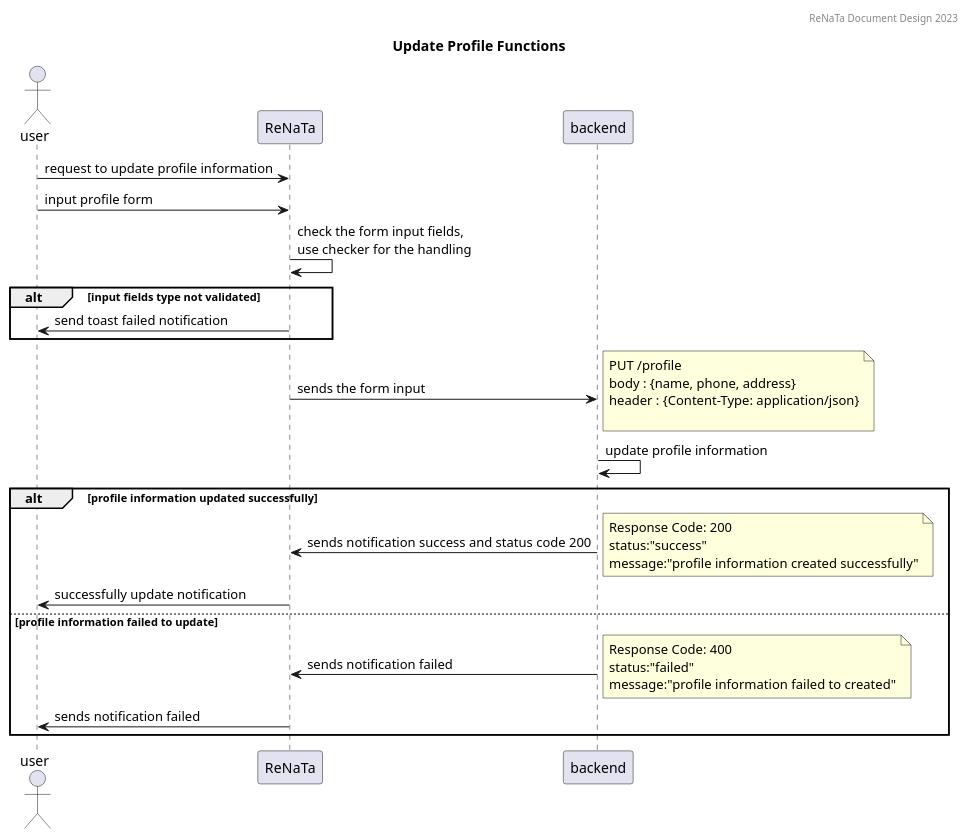
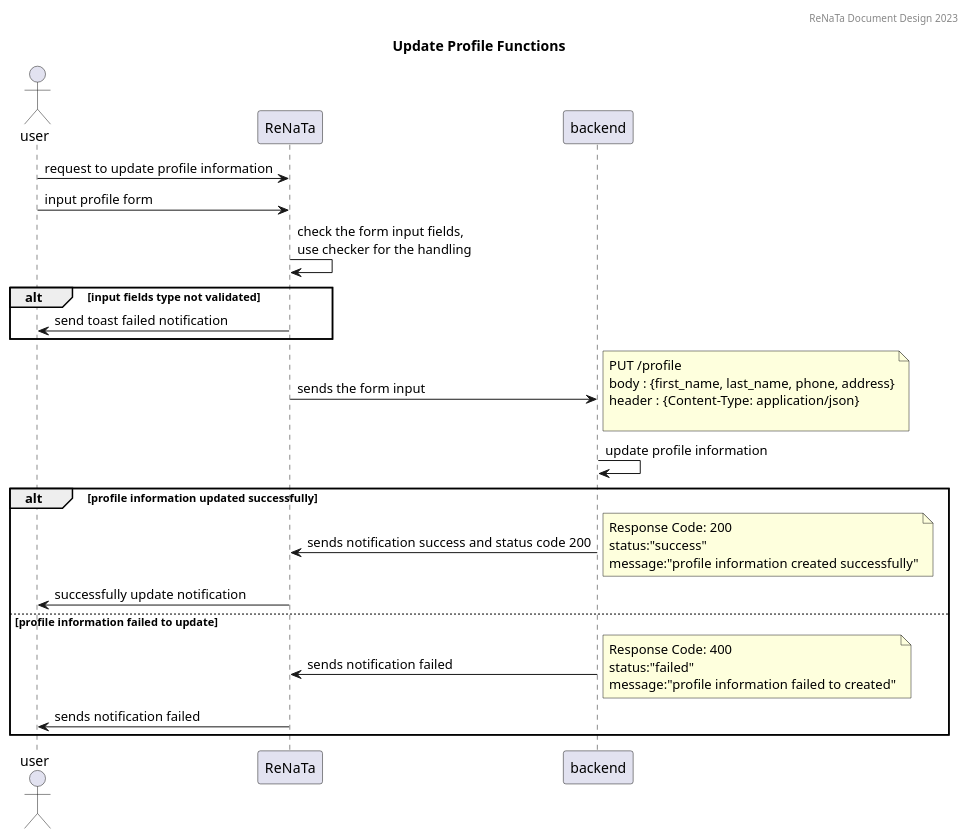
One commit to RENATA-C23-PS218/renata-project-design changed the diagram in uml-sequence/profile/update-profile.puml. Above: the diagram before and after it, drawn with PlantUML. The commit also changed 2 other files, not shown here.

```diff
--- a/uml-sequence/profile/update-profile.puml
+++ b/uml-sequence/profile/update-profile.puml
@@ -1,32 +1,32 @@
 @startuml
 
 header ReNaTa Document Design 2023
 title Update Profile Functions
 
 actor user
 participant ReNaTa
 participant backend
 
 note left: User can view and edit their profile information such as name, email, and password
 
 user->ReNaTa: request to update profile information
 user->ReNaTa: input profile form
 ReNaTa->ReNaTa: check the form input fields, \nuse checker for the handling
 alt input fields type not validated
     ReNaTa->user: send toast failed notification
 end
 backend<-ReNaTa: sends the form input
-note right : PUT /profile\nbody : {name, phone, address}\nheader : {Content-Type: application/json}\n 
+note right : PUT /profile\nbody : {first_name, last_name, phone, address}\nheader : {Content-Type: application/json}\n 
 
 backend->backend: update profile information 
 alt profile information updated successfully
     backend->ReNaTa: sends notification success and status code 200
     note right: Response Code: 200\nstatus:"success"\nmessage:"profile information created successfully"
     user<-ReNaTa: successfully update notification
 else profile information failed to update
     backend->ReNaTa: sends notification failed
     note right: Response Code: 400\nstatus:"failed"\nmessage:"profile information failed to created"
     user<-ReNaTa: sends notification failed
 end
 
 @enduml
```
